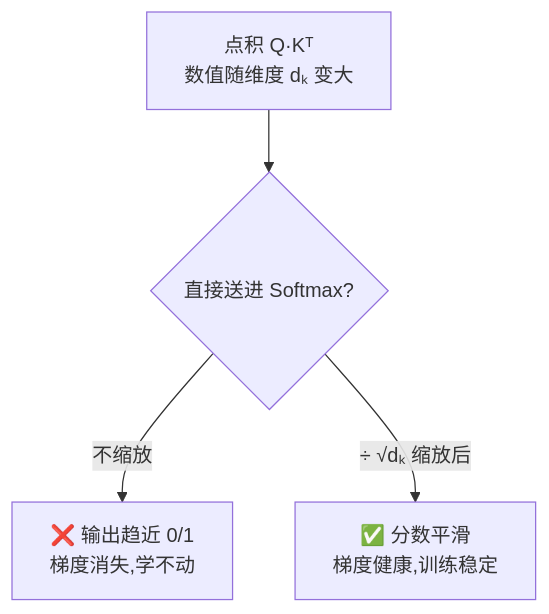
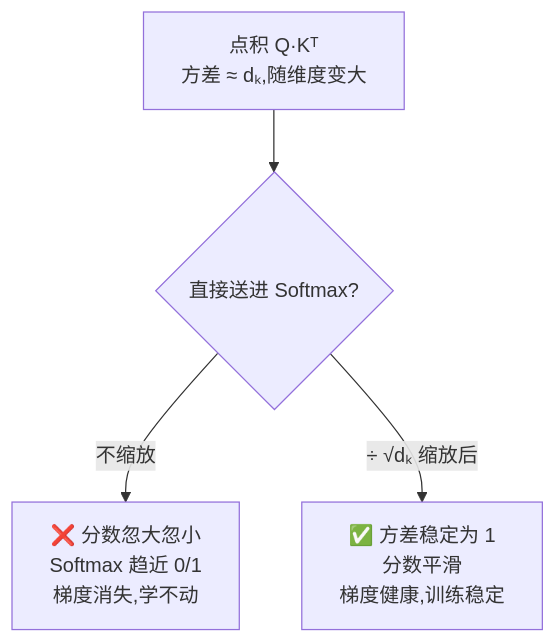
The tenth of 12 diagrams in transformer-学习资料/第03章-注意力机制.md (zerioo1970/summary), drawn with Mermaid before and after one commit. The commit also changed other lines of this file and 4 other files, not shown here.

Commit message:
大幅扩写第3-7章:新增数值手算/深入原理/更多图解/FAQ/可视化代码

````diff
--- a/transformer-学习资料/第03章-注意力机制.md
+++ b/transformer-学习资料/第03章-注意力机制.md
@@ -198,6 +455,6 @@
 ```mermaid
 flowchart TD
-    A["点积 Q·Kᵀ<br/>数值随维度 dₖ 变大"] --> B{"直接送进 Softmax?"}
-    B -->|不缩放| C["❌ 输出趋近 0/1<br/>梯度消失,学不动"]
-    B -->|÷ √dₖ 缩放后| D["✅ 分数平滑<br/>梯度健康,训练稳定"]
+    A["点积 Q·Kᵀ<br/>方差 ≈ dₖ,随维度变大"] --> B{"直接送进 Softmax?"}
+    B -->|不缩放| C["❌ 分数忽大忽小<br/>Softmax 趋近 0/1<br/>梯度消失,学不动"]
+    B -->|÷ √dₖ 缩放后| D["✅ 方差稳定为 1<br/>分数平滑<br/>梯度健康,训练稳定"]
 ```
````
